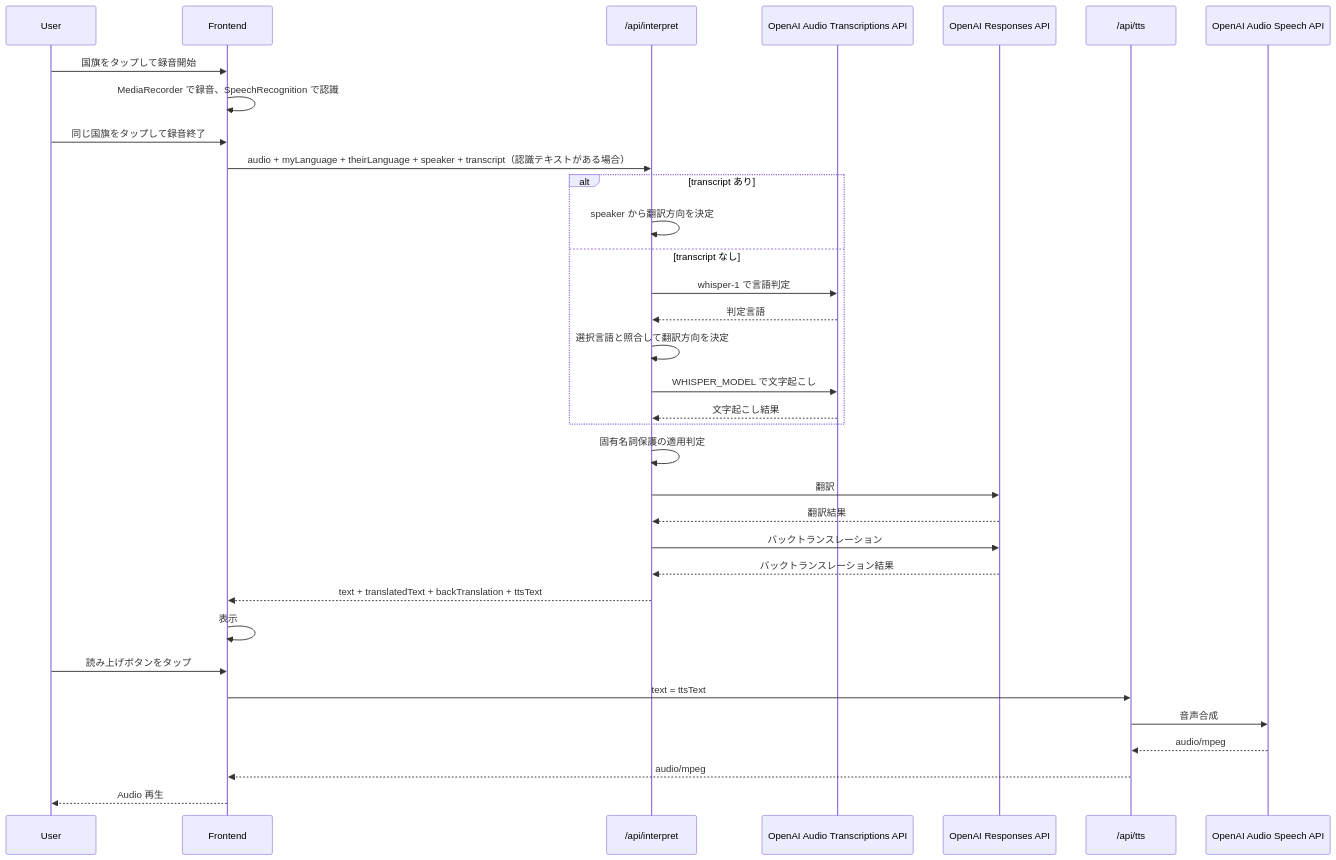
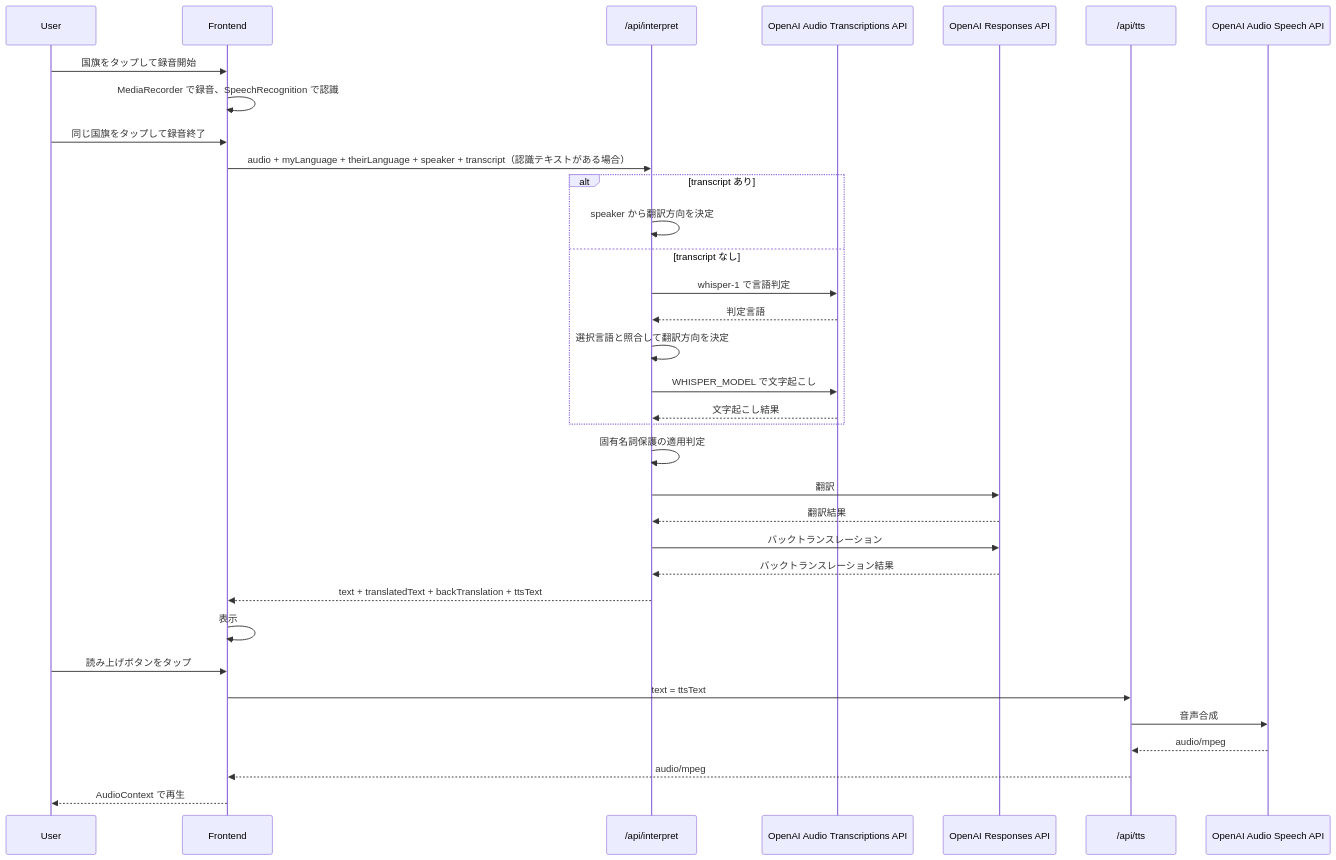
One commit to shin-arita/gotalk changed the diagram in docs/translation-flow.md. Above: the diagram before and after it, drawn with Mermaid. The commit also changed other lines of this file and 22 other files, not shown here.

First line of the commit message:
マイクを開いたまま使い回し、読み上げを AudioContext で鳴らし、マイクの音が来ないときに知らせる (#33)

````diff
--- a/docs/translation-flow.md
+++ b/docs/translation-flow.md
@@ -21,37 +21,37 @@
 ```mermaid
 sequenceDiagram
   participant User
   participant FE as Frontend
   participant IN as /api/interpret
   participant WH as OpenAI Audio Transcriptions API
   participant OA as OpenAI Responses API
   participant TTSAPI as /api/tts
   participant Speech as OpenAI Audio Speech API
 
   User->>FE: 国旗をタップして録音開始
   FE->>FE: MediaRecorder で録音、SpeechRecognition で認識
   User->>FE: 同じ国旗をタップして録音終了
   FE->>IN: audio + myLanguage + theirLanguage + speaker + transcript（認識テキストがある場合）
   alt transcript あり
     IN->>IN: speaker から翻訳方向を決定
   else transcript なし
     IN->>WH: whisper-1 で言語判定
     WH-->>IN: 判定言語
     IN->>IN: 選択言語と照合して翻訳方向を決定
     IN->>WH: WHISPER_MODEL で文字起こし
     WH-->>IN: 文字起こし結果
   end
   IN->>IN: 固有名詞保護の適用判定
   IN->>OA: 翻訳
   OA-->>IN: 翻訳結果
   IN->>OA: バックトランスレーション
   OA-->>IN: バックトランスレーション結果
   IN-->>FE: text + translatedText + backTranslation + ttsText
   FE->>FE: 表示
   User->>FE: 読み上げボタンをタップ
   FE->>TTSAPI: text = ttsText
   TTSAPI->>Speech: 音声合成
   Speech-->>TTSAPI: audio/mpeg
   TTSAPI-->>FE: audio/mpeg
-  FE-->>User: Audio 再生
+  FE-->>User: AudioContext で再生
 ```
````
